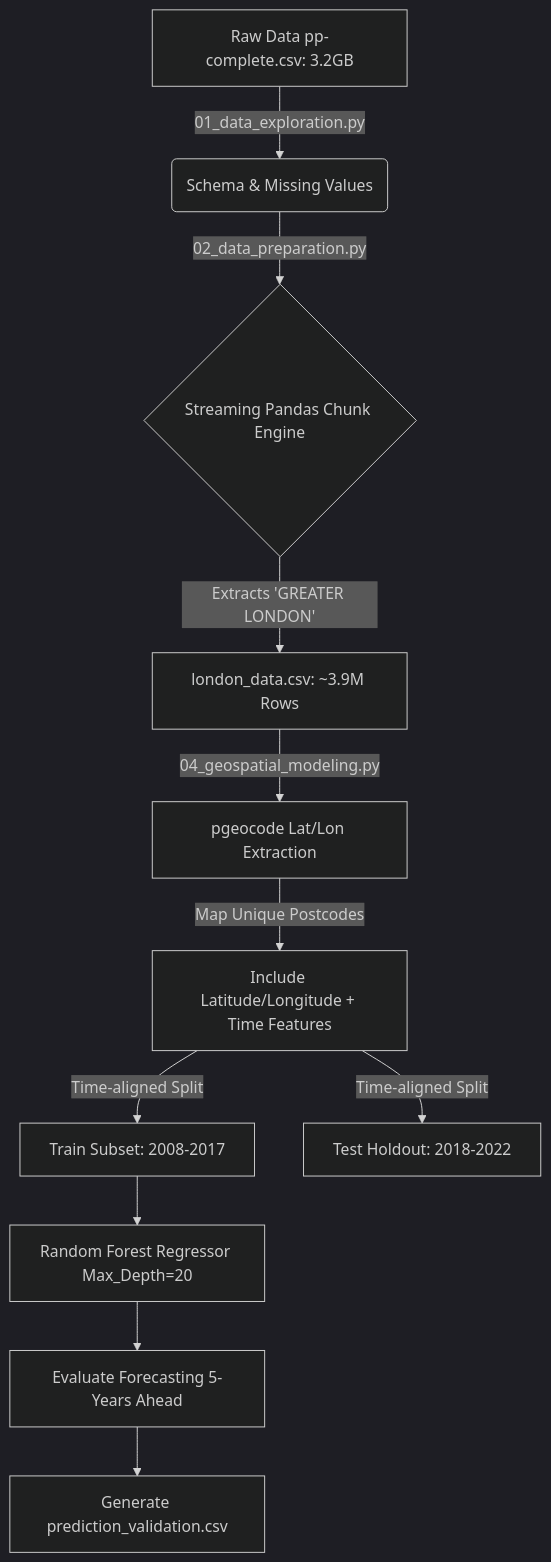
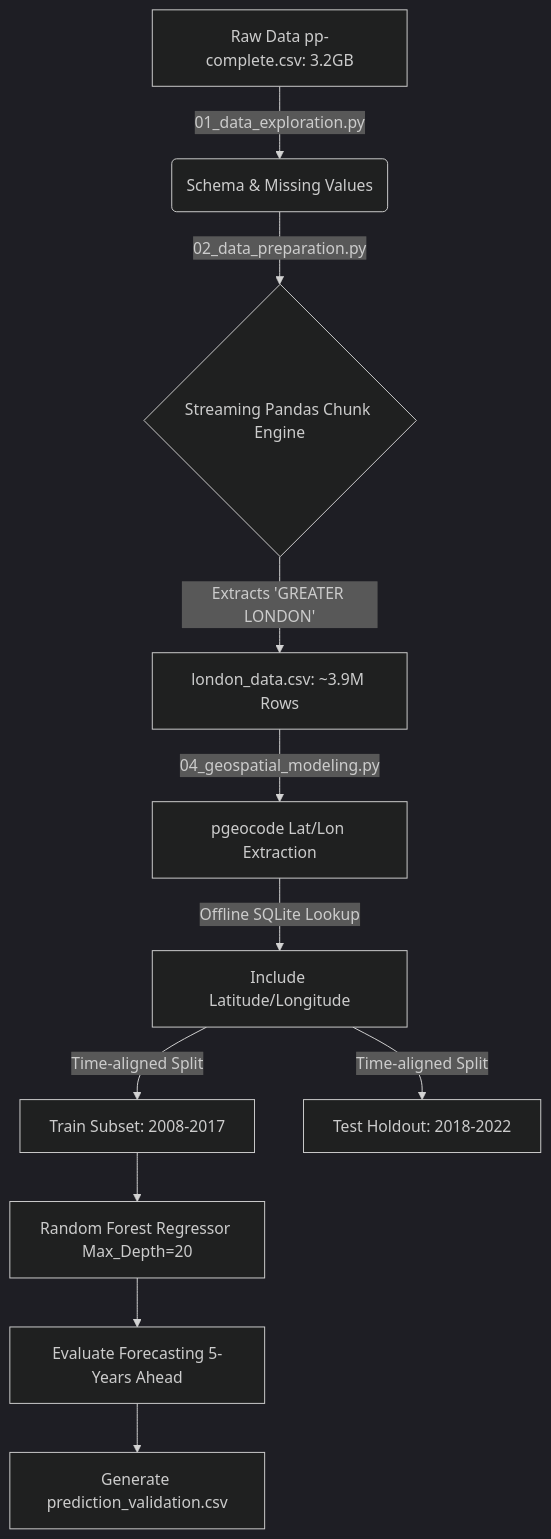
The diagram in walkthrough.md (SuyeshaMitra/Real_Estate_Demand_Estmation), drawn with Mermaid (dark theme) before and after one commit. The commit also changed other lines of this file and 2 other files, not shown here.

Commit message:
Consolidated architecture and technical walkthrough into a single detailed master document with hyperparameter logic.

````diff
--- a/walkthrough.md
+++ b/walkthrough.md
@@ -9,13 +11,13 @@
 ```mermaid
 flowchart TD
     A[Raw Data pp-complete.csv: 3.2GB] -->|01_data_exploration.py| B(Schema & Missing Values)
     B -->|02_data_preparation.py| C{Streaming Pandas Chunk Engine}
     C -->|Extracts 'GREATER LONDON'| D[london_data.csv: ~3.9M Rows]
     D -->|04_geospatial_modeling.py| E[pgeocode Lat/Lon Extraction]
-    E -->|Map Unique Postcodes| F[Include Latitude/Longitude + Time Features]
+    E -->|Offline SQLite Lookup| F[Include Latitude/Longitude]
     F -->|Time-aligned Split| G[Train Subset: 2008-2017]
     F -->|Time-aligned Split| H[Test Holdout: 2018-2022]
     G --> I[Random Forest Regressor Max_Depth=20]
     I --> K[Evaluate Forecasting 5-Years Ahead]
     K --> L[Generate prediction_validation.csv]
 ```
````
